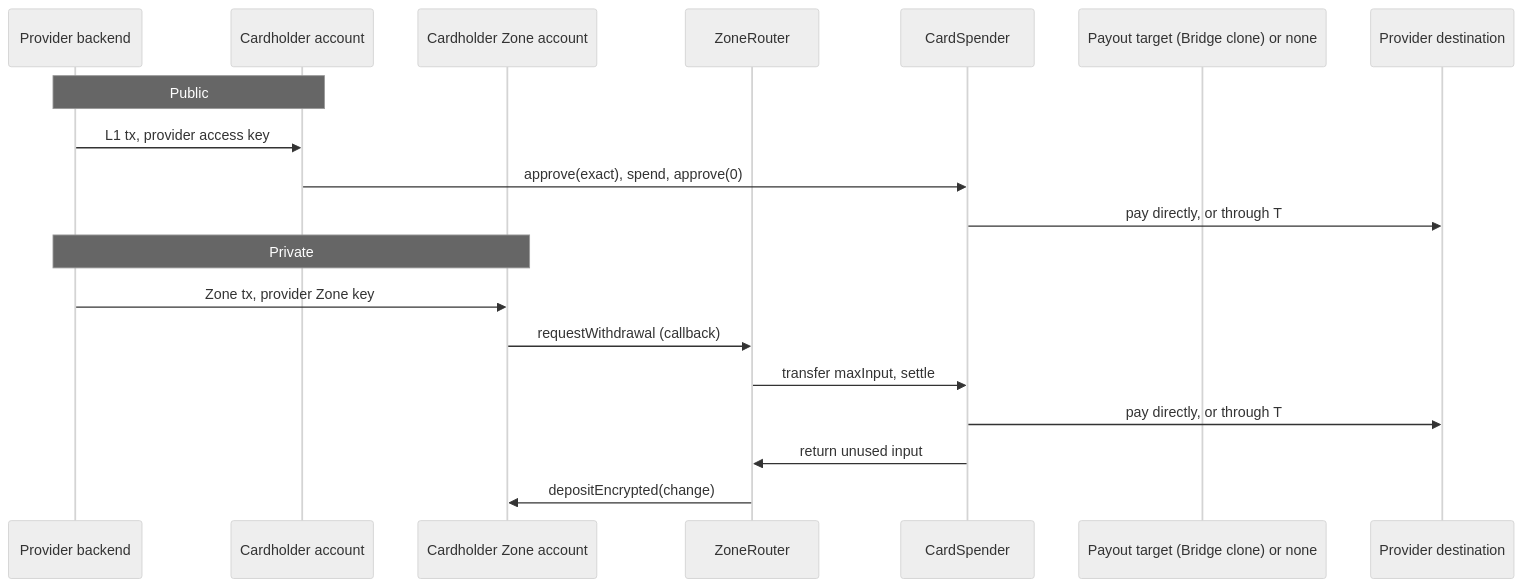
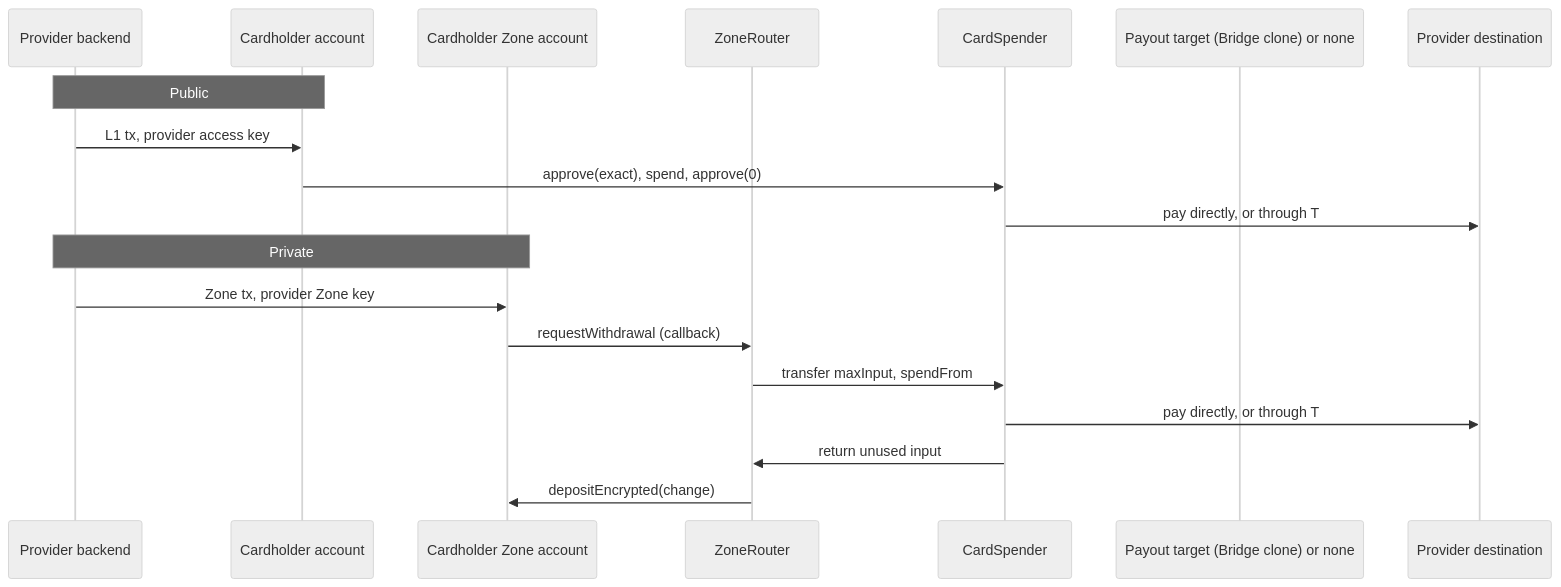
Before and after one commit to tempoxyz/contracts: the diagram in docs/cards/design.md, drawn with Mermaid (neutral theme). The commit also changed other lines of this file and 75 other files, not shown here.

````diff
--- a/docs/cards/design.md
+++ b/docs/cards/design.md
@@ -56,21 +56,21 @@
 ```mermaid
 sequenceDiagram
     participant P as Provider backend
     participant A as Cardholder account
     participant Z as Cardholder Zone account
     participant R as ZoneRouter
     participant C as CardSpender
     participant T as Payout target (Bridge clone) or none
     participant D as Provider destination
     Note over P,A: Public
     P->>A: L1 tx, provider access key
     A->>C: approve(exact), spend, approve(0)
     C->>D: pay directly, or through T
     Note over P,Z: Private
     P->>Z: Zone tx, provider Zone key
     Z->>R: requestWithdrawal (callback)
-    R->>C: transfer maxInput, settle
+    R->>C: transfer maxInput, spendFrom
     C->>D: pay directly, or through T
     C->>R: return unused input
     R->>Z: depositEncrypted(change)
 ```
````
